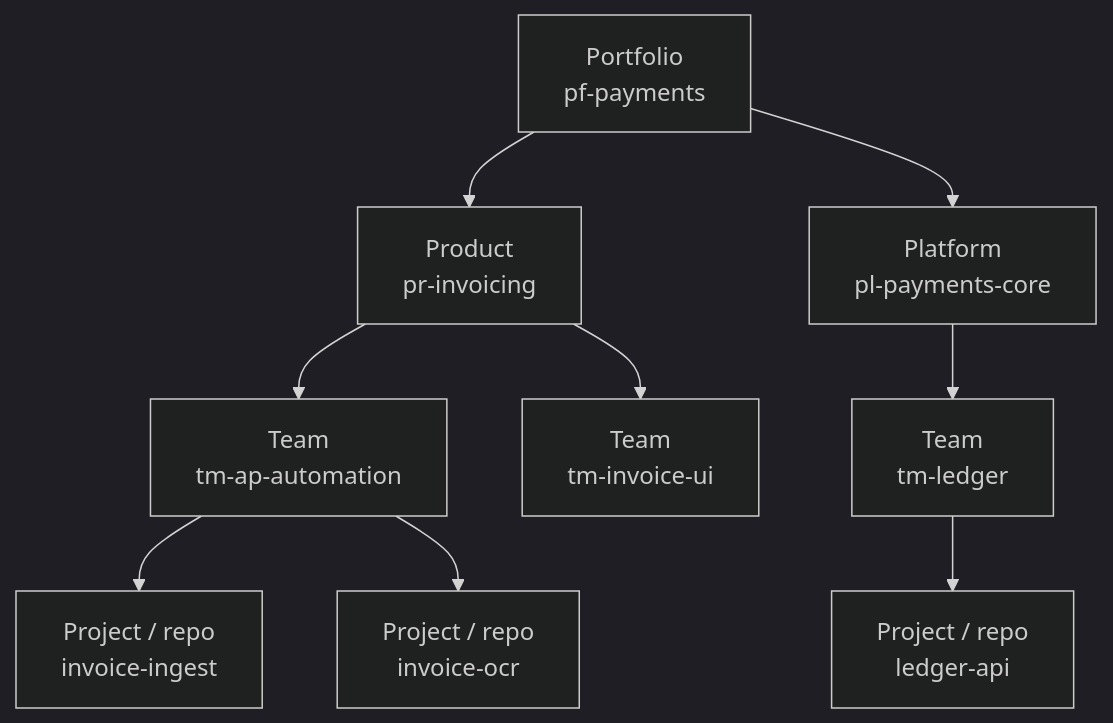
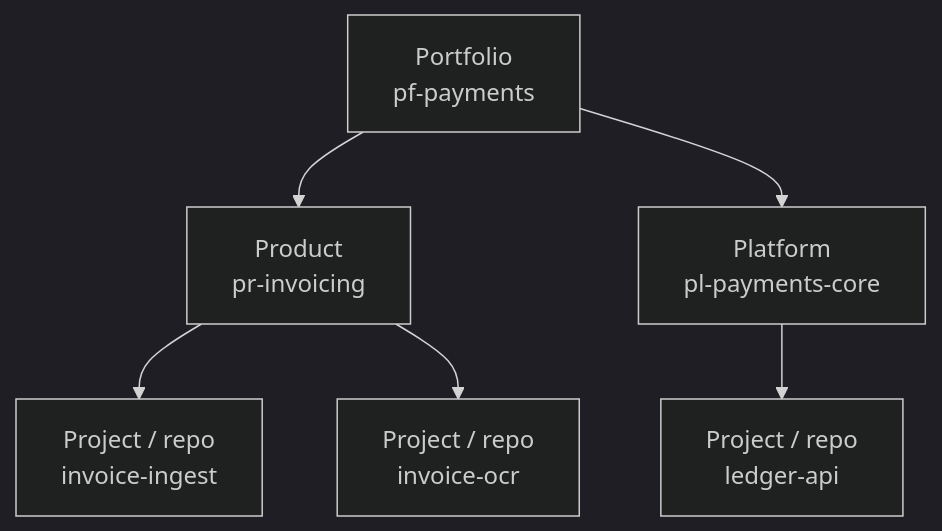
Before and after one commit to kulveersingh/CloudInfraAutomation: the third of 10 diagrams in docs/ARCHITECTURE.md, drawn with Mermaid (dark theme). The commit also changed other lines of this file, not shown here.

First line of the commit message:
Simplify ownership hierarchy to Portfolio, Product, Project

````diff
--- a/docs/ARCHITECTURE.md
+++ b/docs/ARCHITECTURE.md
@@ -304,11 +304,8 @@
 ```mermaid
 flowchart TD
   PF["Portfolio<br/>pf-payments"] --> PR1["Product<br/>pr-invoicing"]
   PF --> PR2["Platform<br/>pl-payments-core"]
-  PR1 --> T1["Team<br/>tm-ap-automation"]
-  PR1 --> T2["Team<br/>tm-invoice-ui"]
-  T1 --> P1["Project / repo<br/>invoice-ingest"]
-  T1 --> P2["Project / repo<br/>invoice-ocr"]
-  PR2 --> T3["Team<br/>tm-ledger"]
-  T3 --> P3["Project / repo<br/>ledger-api"]
+  PR1 --> P1["Project / repo<br/>invoice-ingest"]
+  PR1 --> P2["Project / repo<br/>invoice-ocr"]
+  PR2 --> P3["Project / repo<br/>ledger-api"]
 ```
````
